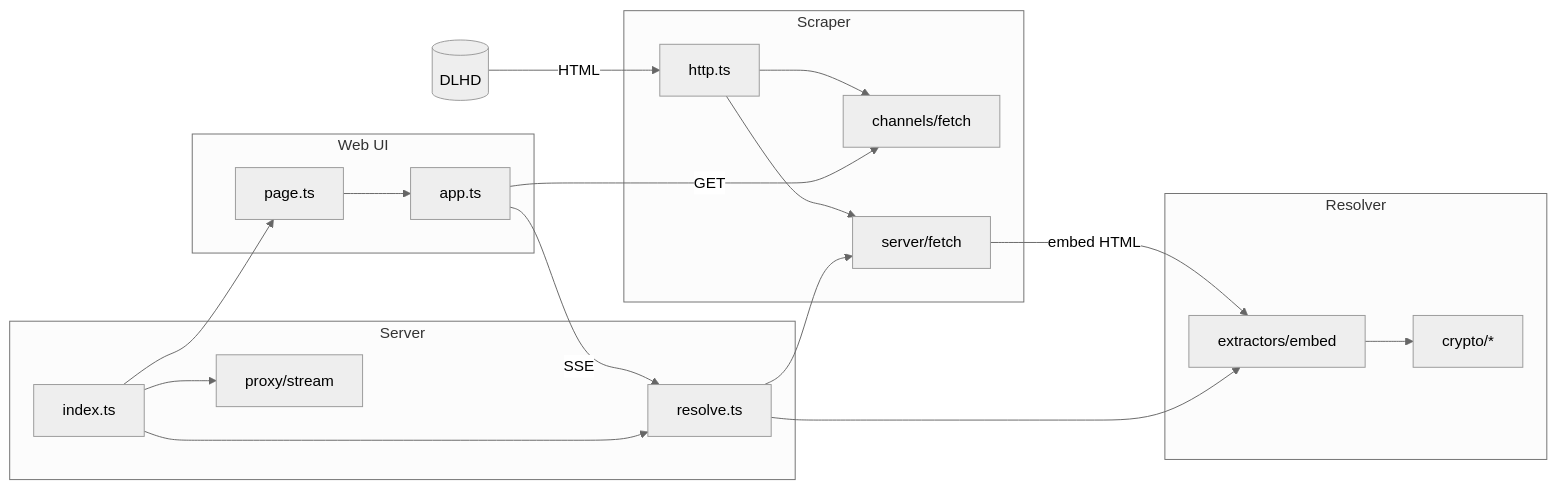
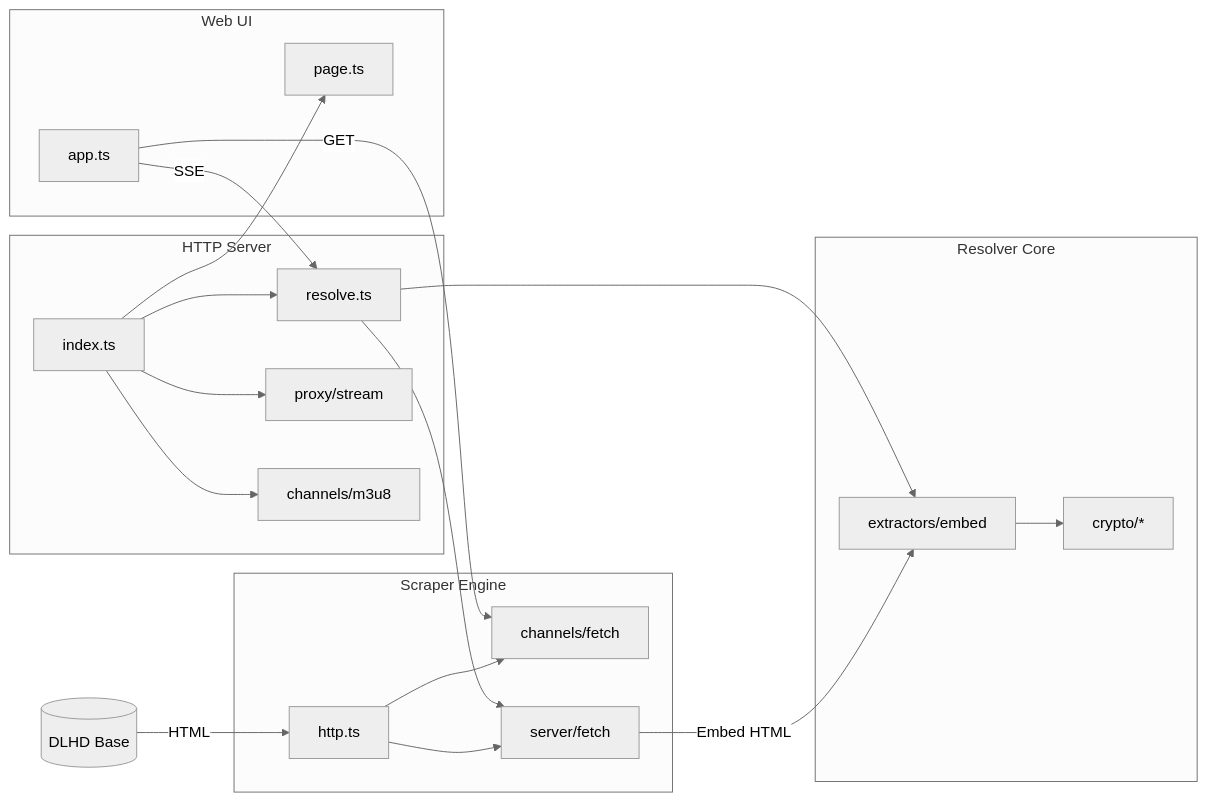
The diagram in README.md (Lunatic16/dlhd-web), drawn with Mermaid (neutral theme) before and after one commit. The commit also changed other lines of this file and 6 other files, not shown here.

````diff
--- a/README.md
+++ b/README.md
@@ -156,34 +167,39 @@
 ```mermaid
 flowchart LR
-  subgraph web [Web UI]
+  subgraph UI [Web UI]
     Page[page.ts]
     App[app.ts]
   end
-  subgraph scrape [Scraper]
+
+  subgraph Scraper [Scraper Engine]
     Channels[channels/fetch]
     Fetch[server/fetch]
     Http[http.ts]
   end
-  subgraph resolve [Resolver]
+
+  subgraph Resolver [Resolver Core]
     Extract[extractors/embed]
     Crypto[crypto/*]
   end
-  subgraph server [Server]
+
+  subgraph Server [HTTP Server]
     Routes[index.ts]
     Live[resolve.ts]
     Proxy[proxy/stream]
+    Playlist[channels/m3u8]
   end
-  DLHD[(DLHD)] -->|HTML| Http
+
+  DLHD[(DLHD Base)] -->|HTML| Http
   Http --> Channels
   Http --> Fetch
-  Fetch -->|embed HTML| Extract
+  Fetch -->|Embed HTML| Extract
   Extract --> Crypto
   Live --> Fetch
   Live --> Extract
   App -->|SSE| Live
   App -->|GET| Channels
   Routes --> Page
   Routes --> Live
   Routes --> Proxy
-  Page --> App
+  Routes --> Playlist
 ```
````
